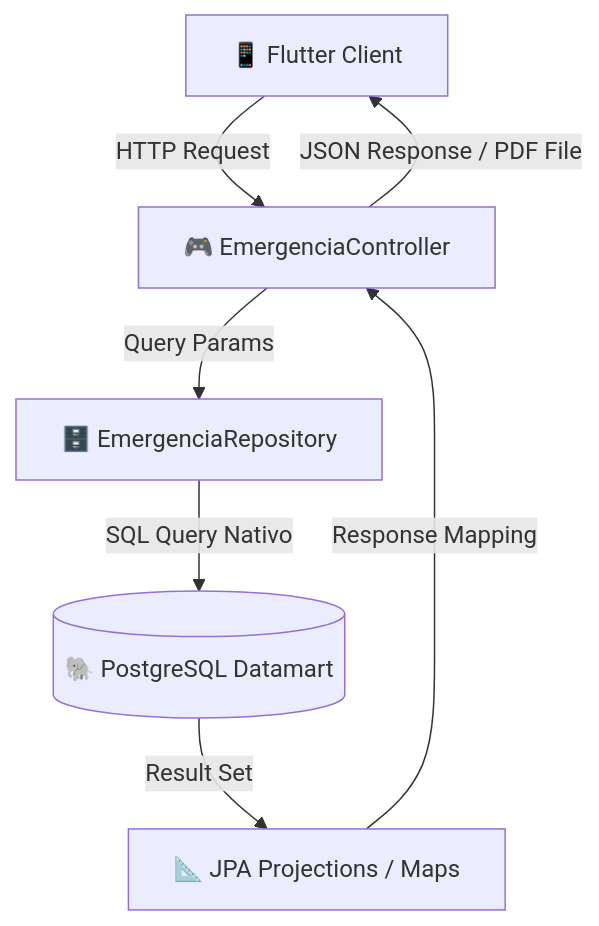
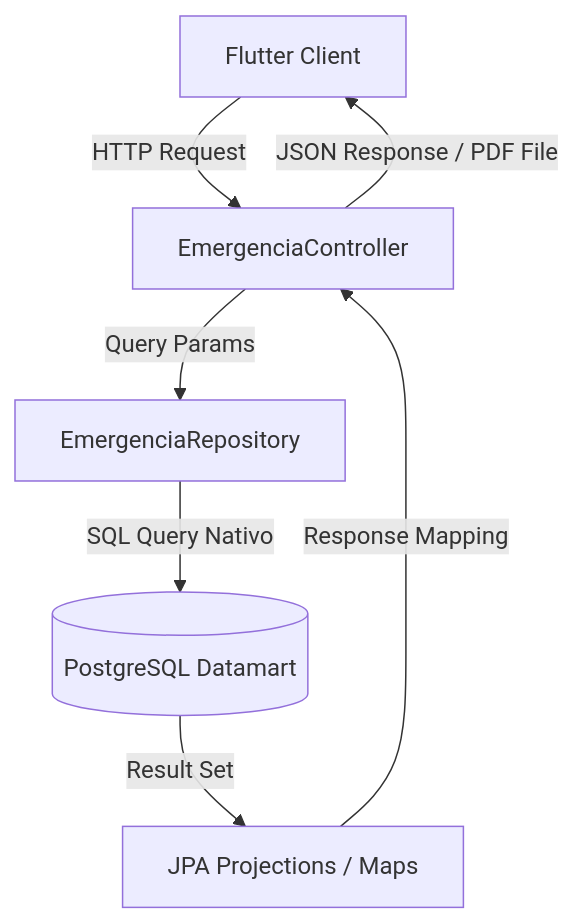
Before and after one commit to ManuHernandezDev/backend-emergencias-api: the diagram in README.md, drawn with Mermaid. The commit also changed other lines of this file, not shown here.

````diff
--- a/README.md
+++ b/README.md
@@ -43,9 +43,9 @@
 ```mermaid
 graph TD
-    Client[📱 Flutter Client] -->|HTTP Request| Controller[🎮 EmergenciaController]
-    Controller -->|Query Params| Repo[🗄️ EmergenciaRepository]
-    Repo -->|SQL Query Nativo| DB[(🐘 PostgreSQL Datamart)]
-    DB -->|Result Set| Projection[📐 JPA Projections / Maps]
+    Client[Flutter Client] -->|HTTP Request| Controller[EmergenciaController]
+    Controller -->|Query Params| Repo[EmergenciaRepository]
+    Repo -->|SQL Query Nativo| DB[(PostgreSQL Datamart)]
+    DB -->|Result Set| Projection[JPA Projections / Maps]
     Projection -->|Response Mapping| Controller
     Controller -->|JSON Response / PDF File| Client
 ```
````
